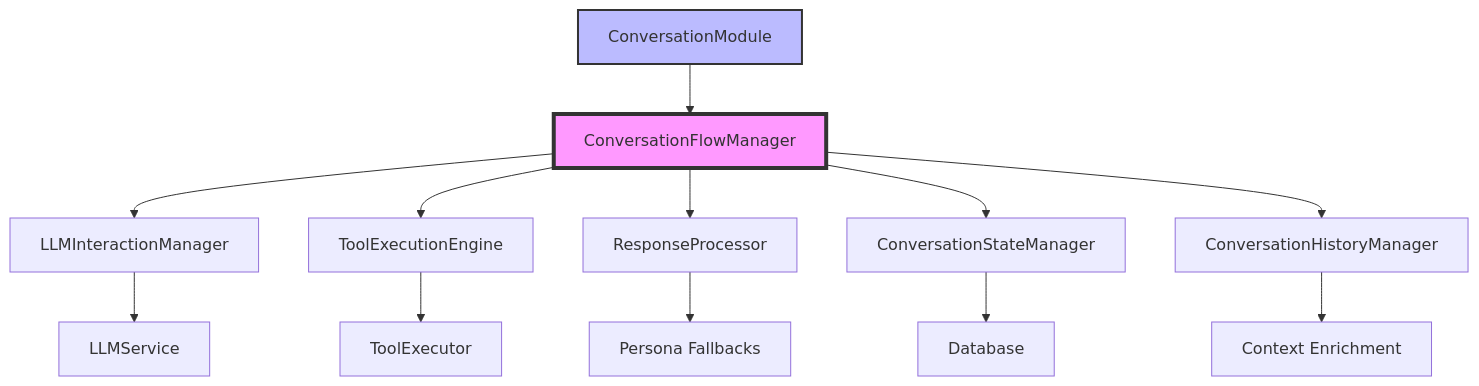
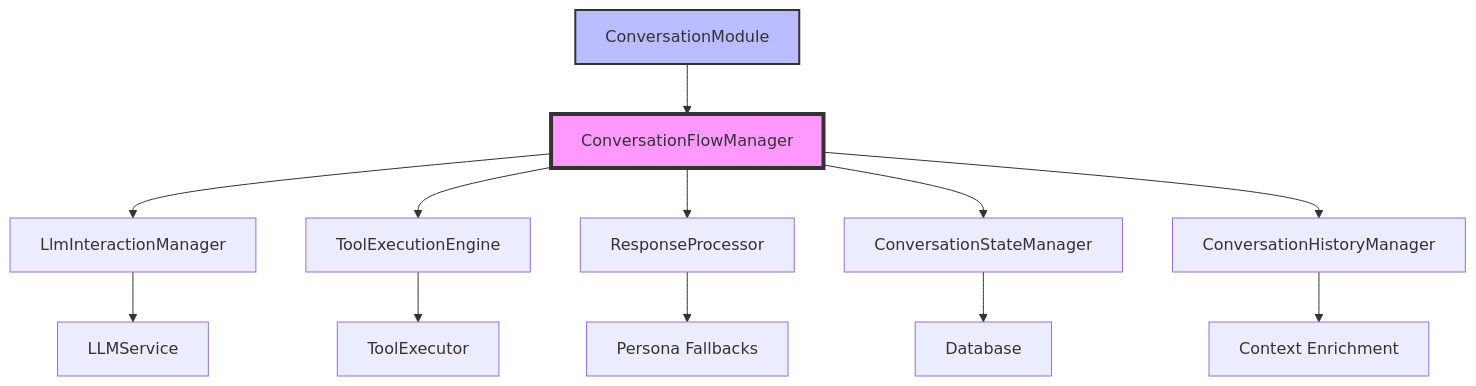
Before and after one commit to Wonderlux-Labs/glitchcube: the diagram in docs/technical/CONVERSATION_DOCS_INDEX.md, drawn with Mermaid. The commit also changed other lines of this file and 92 other files, not shown here.

````diff
--- a/docs/technical/CONVERSATION_DOCS_INDEX.md
+++ b/docs/technical/CONVERSATION_DOCS_INDEX.md
@@ -120,18 +120,18 @@
 ```mermaid
 graph TD
     A[ConversationModule] --> B[ConversationFlowManager]
-    B --> C[LLMInteractionManager]
+    B --> C[LlmInteractionManager]
     B --> D[ToolExecutionEngine]
     B --> E[ResponseProcessor]
     B --> F[ConversationStateManager]
     B --> G[ConversationHistoryManager]
     
     C --> H[LLMService]
     D --> I[ToolExecutor]
     E --> J[Persona Fallbacks]
     F --> K[Database]
     G --> L[Context Enrichment]
     
     style B fill:#f9f,stroke:#333,stroke-width:4px
     style A fill:#bbf,stroke:#333,stroke-width:2px
 ```
````
